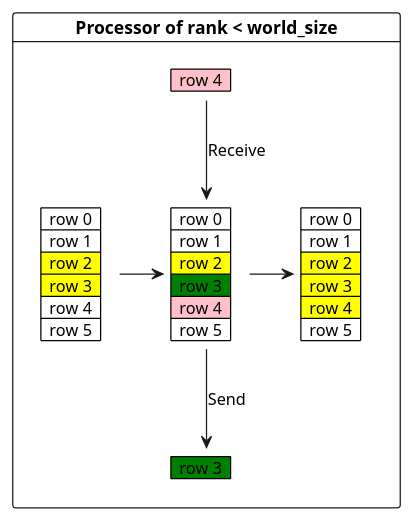
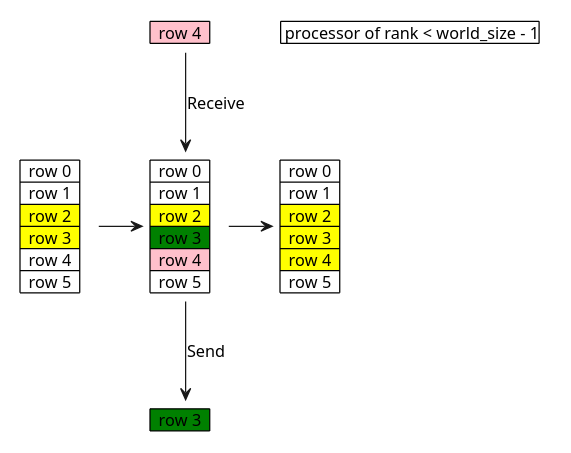
The fifth of 12 diagrams in heastSeq/rapport.md (Arkanthara/parallelism), drawn with PlantUML before and after one commit. The commit also changed other lines of this file and 28 other files, not shown here.

````diff
--- a/heastSeq/rapport.md
+++ b/heastSeq/rapport.md
@@ -270,51 +267,52 @@
 ```plantuml
 @startuml
 <style>
 note {
     backgroundcolor white
     shadowing 0
     linecolor transparent
 }
 </style>
-card "Processor of rank < world_size" {
 note as element1
     <#green>|  row 3  |
 end note
 
 note as element2
     <#pink>|  row 4  |
 end note
 
 note as grid1l
     |  row 0  |
     |  row 1  |
     <#yellow>|  row 2  |
     <#yellow>|  row 3  |
     |  row 4  |
     |  row 5  |
 end note
 note as grid12
     |  row 0  |
     |  row 1  |
     <#yellow>|  row 2  |
     <#yellow>|  row 3  |
     <#yellow>|  row 4  |
     |  row 5  |
 end note
 
+note as title
+    | processor of rank < world_size - 1|
+end note
 
 note as grid1
     |  row 0  |
     |  row 1  |
     <#yellow>|  row 2  |
     <#green>|  row 3  |
     <#pink>|  row 4  |
     |  row 5  |
 end note
 grid1l -> grid1
 grid1 -> grid12
 grid1 --> element1: Send
 element2 --> grid1: Receive
-}
 @enduml
 ```
````
